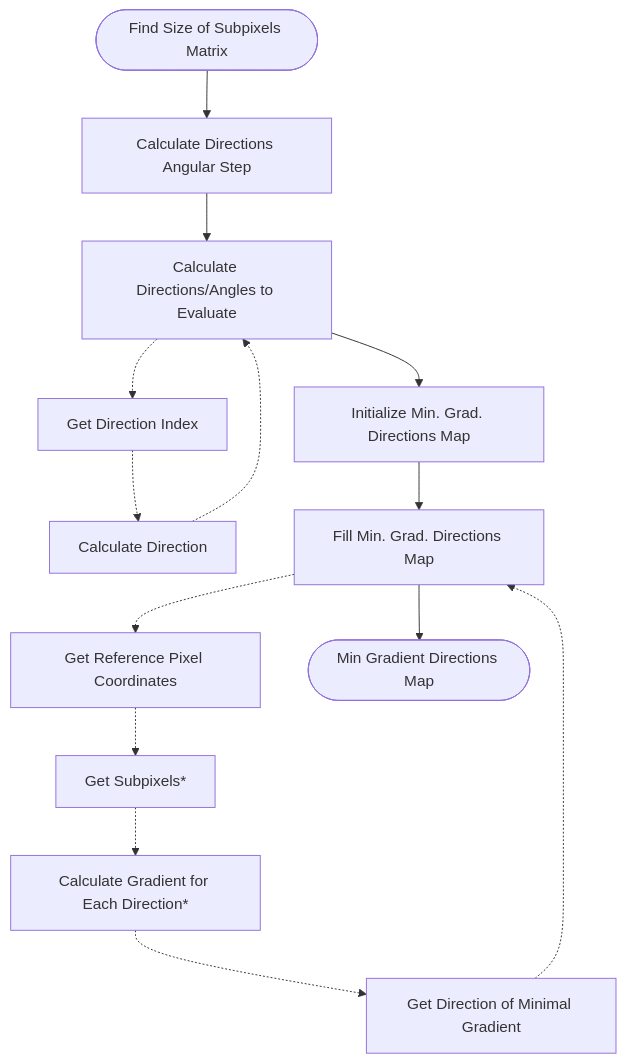
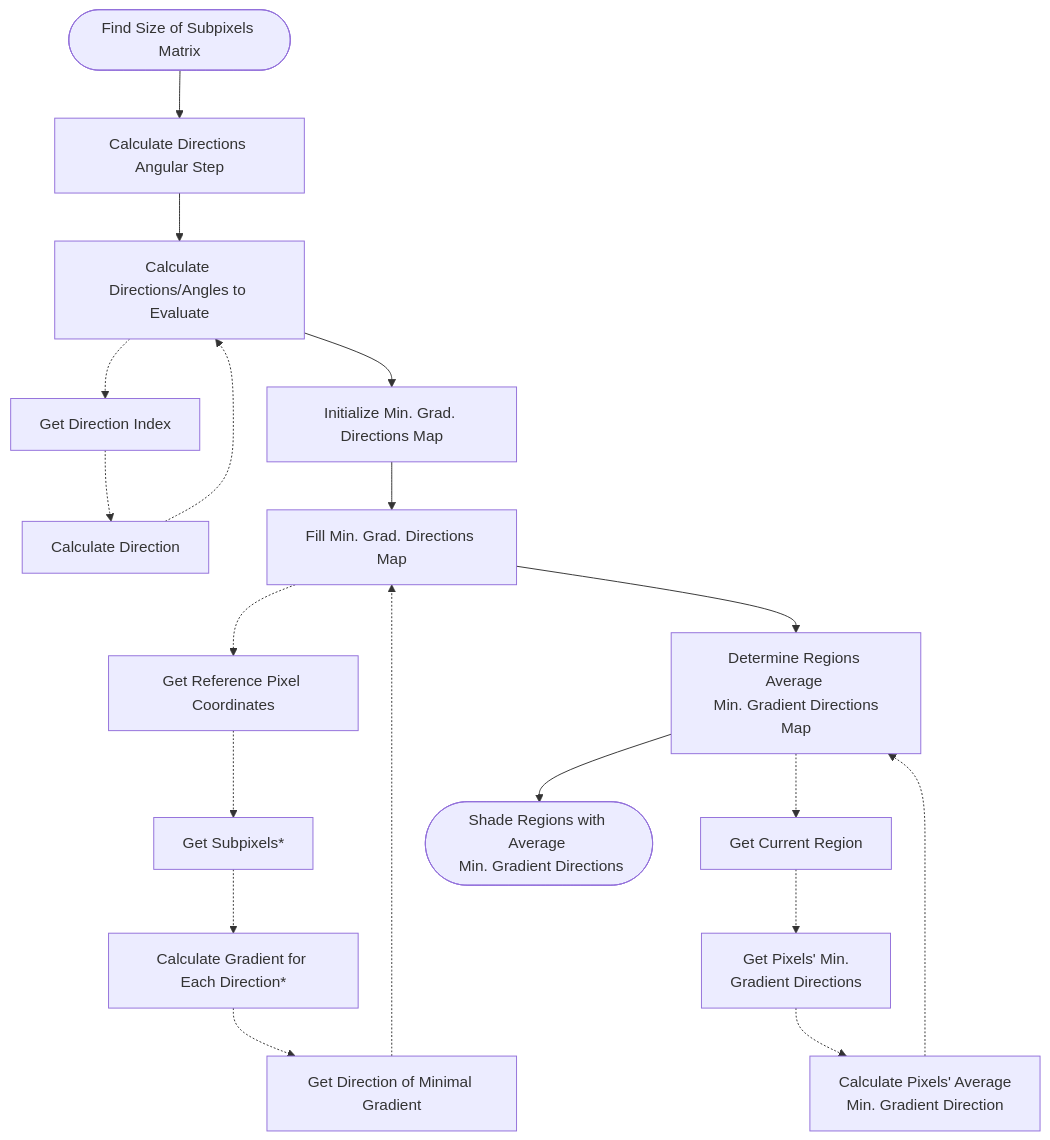
Before and after one commit to PedroHBrasil/PicColGrad-RoadMapLoc: the third of 6 diagrams in algorithms.md, drawn with Mermaid. The commit also changed other lines of this file and 4 other files, not shown here.

Commit message:
implemented region avg grad algorithm

````diff
--- a/algorithms.md
+++ b/algorithms.md
@@ -118,41 +118,54 @@
 ```mermaid
 
     graph TD;
 
     init([Find Size of Subpixels Matrix])
 
     dirStep[Calculate Directions Angular Step]
     dirEvalVecLoop[Calculate Directions/Angles to Evaluate]
     dirIdx[Get Direction Index]
     dir[Calculate Direction]
 
     initMinGradDirMap[Initialize Min. Grad. Directions Map]
     minGradDirMapLoop[Fill Min. Grad. Directions Map]
     refPixelCoord[Get Reference Pixel Coordinates]
 
     minGradDir[Get Direction of Minimal Gradient]
 
     subpxl[Get Subpixels*]
     dirGradLoop[Calculate Gradient for Each Direction*] 
 
-    return([Min Gradient Directions Map])
+    regsAvgMinGradDir[Determine Regions Average <br> Min. Gradient Directions Map]
+
+    getCurRegion[Get Current Region]
+    getCurPxlGradDir[Get Pixels' Min. <br> Gradient Directions]
+    calcAvgGradDir[Calculate Pixels' Average <br> Min. Gradient Direction]
+
+    return([Shade Regions with Average <br> Min. Gradient Directions])
 
     init --> dirStep
     dirStep --> dirEvalVecLoop
 
     dirEvalVecLoop -.-> dirIdx
     dirIdx -.-> dir
     dir -.-> dirEvalVecLoop
 
     dirEvalVecLoop --> initMinGradDirMap
     initMinGradDirMap --> minGradDirMapLoop
 
     minGradDirMapLoop -.-> refPixelCoord
     refPixelCoord -.-> subpxl
     subpxl -.-> dirGradLoop
     dirGradLoop -.-> minGradDir
     minGradDir -.-> minGradDirMapLoop
 
-    minGradDirMapLoop --> return
+    minGradDirMapLoop --> regsAvgMinGradDir
+
+    regsAvgMinGradDir -.-> getCurRegion
+    getCurRegion -.-> getCurPxlGradDir
+    getCurPxlGradDir -.-> calcAvgGradDir
+    calcAvgGradDir -.-> regsAvgMinGradDir
+
+    regsAvgMinGradDir --> return
 
 ```
````
